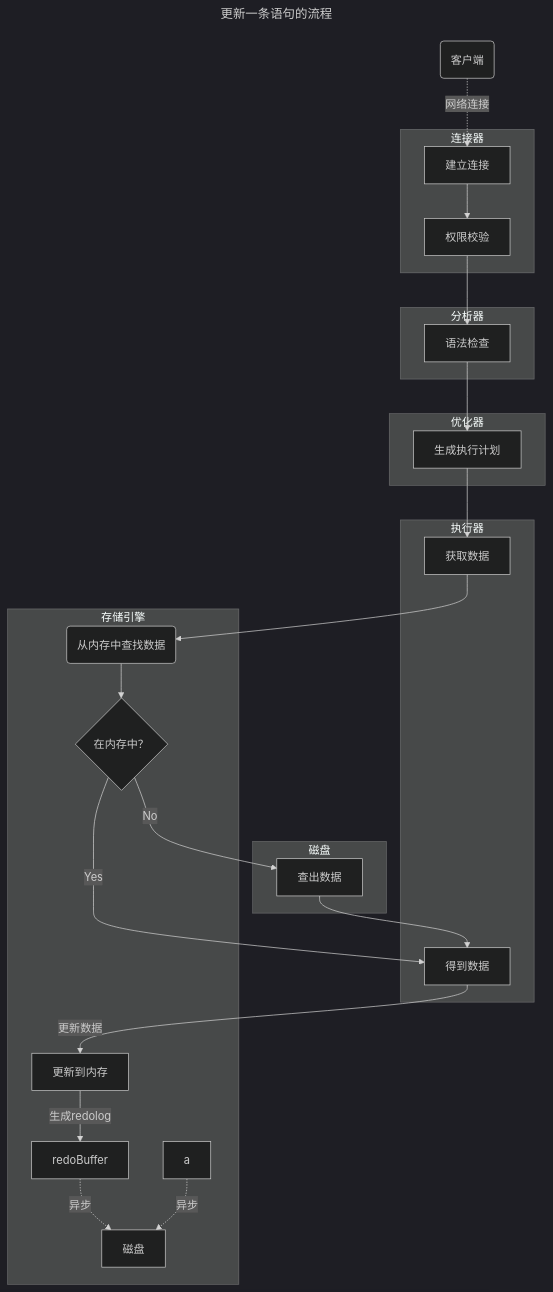
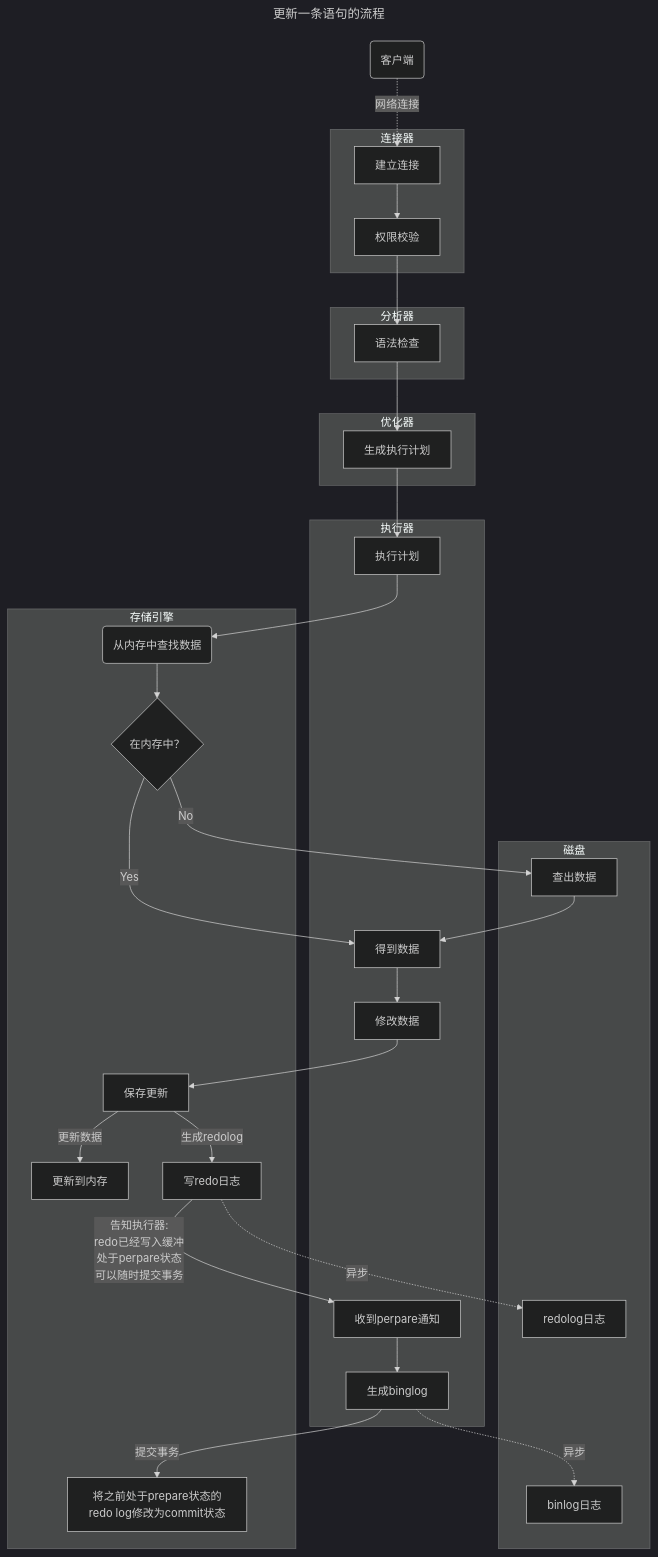
The diagram in docs/posts/backend/Mysql日志简述.md (zgh1949/zgh1949.github.io), drawn with Mermaid (dark theme) before and after one commit. The commit also changed other lines of this file and 1 other file, not shown here.

````diff
--- a/docs/posts/backend/Mysql日志简述.md
+++ b/docs/posts/backend/Mysql日志简述.md
@@ -59,42 +41,55 @@
 ```mermaid
 ---
 title: 更新一条语句的流程
 ---
 flowchart TB
-    client(客户端) -.网络连接.-> connection
     subgraph 连接器
-    	connection[建立连接]--> permission[权限校验]
+    	connection[建立连接]
+    	permission[权限校验]
+    	connection --> permission
     end
-    permission --> check
     subgraph 分析器
        check[语法检查]
     end
-    check --> plan
     subgraph 优化器
     	plan[生成执行计划]
     end
-    plan --> exec
     subgraph 执行器
-       exec[获取数据]
-       get[得到数据]
+       exec[执行计划]
+       already[得到数据]
+       updated[修改数据]
+       prepare[收到perpare通知]
+       binlog[生成binglog]
+       already --> updated
+       prepare-->binlog
     end
-    get --更新数据--> write
-    exec --> search
     subgraph 存储引擎
-        search(从内存中查找数据) --> if{在内存中？}
+        search(从内存中查找数据) 
+        if{在内存中？}
+        save[保存更新]
         write[更新到内存]
-        write --生成redolog--> redoBuffer
-        redoBuffer -.异步 .-> disk
-	    a -.异步.-> disk
+        redoBuffer[写redo日志]
+        commit[将之前处于prepare状态的redo log修改为commit状态]
+        search --> if
+        save --更新数据--> write
+        save --生成redolog--> redoBuffer
     end
-    if --No --> search_disk[查询磁盘]
-    if --Yes --> get
     subgraph 磁盘
         search_disk[查出数据]
-		disk[磁盘]
+		redologfile[redolog日志]
+		binlogfile[binlog日志]
 	end
-	search_disk --> get
-
-
-
+	client(客户端) -.网络连接.-> connection
+    permission --> check
+    check --> plan
+    plan --> exec
+    exec --> search
+    if --No --> search_disk
+    search_disk --> already
+    if --Yes --> already
+    updated-->save
+    redoBuffer --告知执行器:\nredo已经写入缓冲\n处于perpare状态\n可以随时提交事务--> prepare
+    redoBuffer -.异步 .-> redologfile
+    binlog -.异步.-> binlogfile
+    binlog --提交事务--> commit
 ```
````
